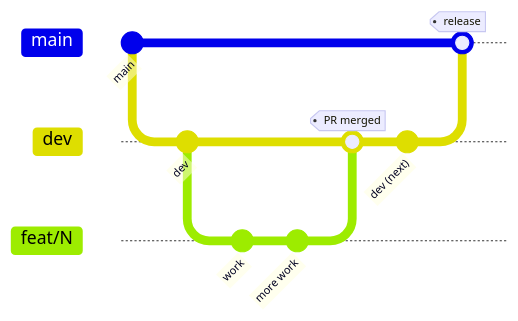
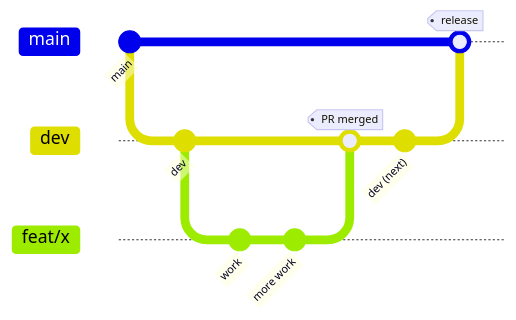
One commit to isc-fs/IFS08-CE-AMS changed the second of 2 diagrams in README.md. Above: the diagram before and after it, drawn with Mermaid. The commit also changed other lines of this file and 13 other files, not shown here.

````diff
--- a/README.md
+++ b/README.md
@@ -157,14 +268,14 @@
 ```mermaid
 gitGraph
    commit id: "main"
    branch dev
    commit id: "dev"
-   branch feat/N
+   branch feat/x
    commit id: "work"
    commit id: "more work"
    checkout dev
-   merge feat/N tag: "PR merged"
+   merge feat/x tag: "PR merged"
    commit id: "dev (next)"
    checkout main
    merge dev tag: "release"
 ```
````
